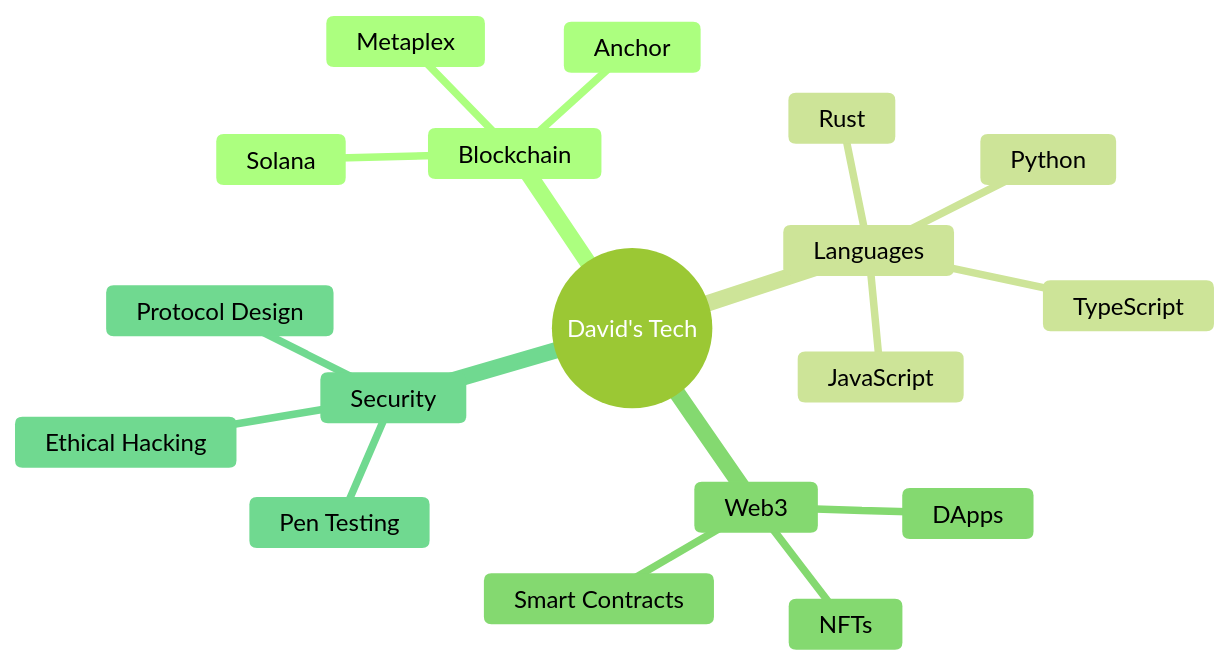
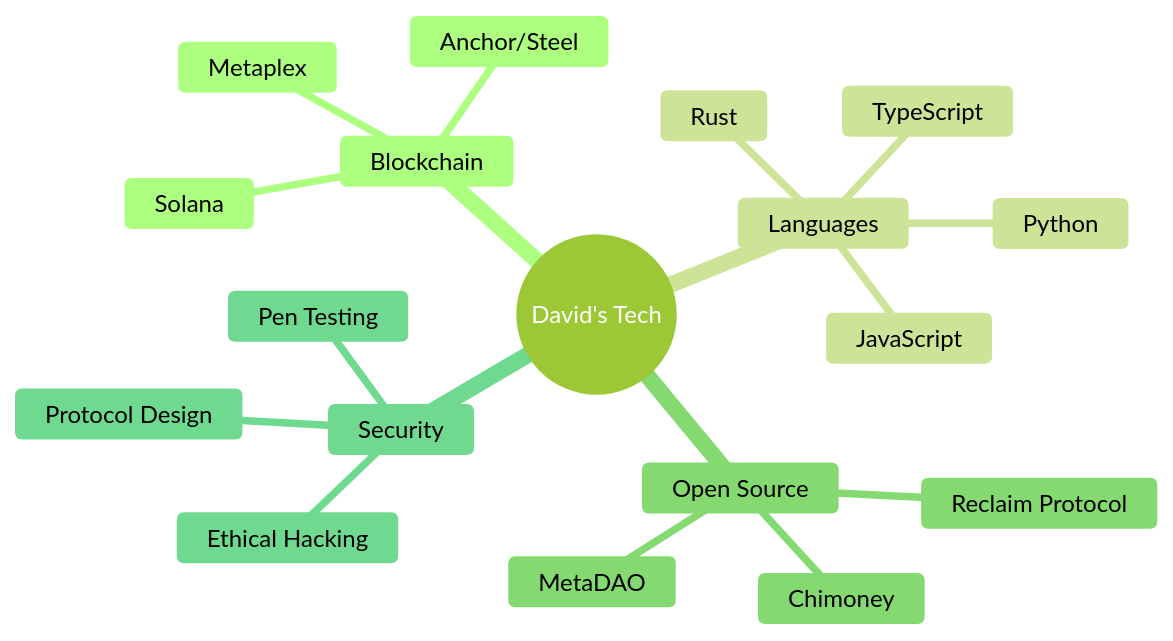
Before and after one commit to donjne/donjne: the diagram in README.md, drawn with Mermaid (forest theme). The commit also changed other lines of this file, not shown here.

````diff
--- a/README.md
+++ b/README.md
@@ -36,21 +36,21 @@
 ```mermaid
 mindmap
   root((David's Tech))
     Blockchain
       Solana
-      Anchor
+      Anchor/Steel
       Metaplex
     Languages
       Rust
       TypeScript
       Python
       JavaScript
-    Web3
-      DApps
-      NFTs
-      Smart Contracts
+    Open Source
+      Reclaim Protocol
+      Chimoney
+      MetaDAO
     Security
       Pen Testing
       Ethical Hacking
       Protocol Design
 ```
````
